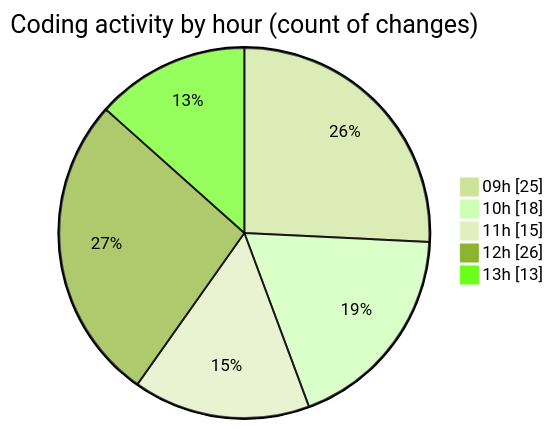
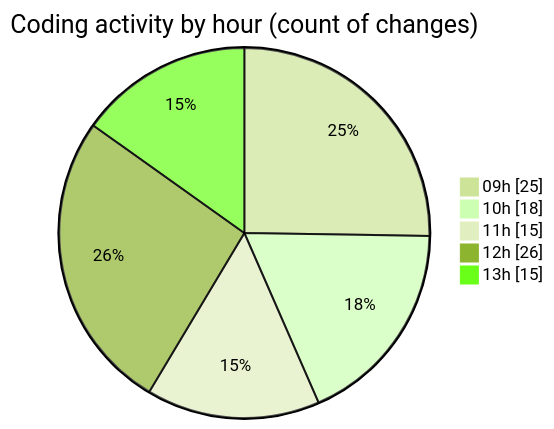
Before and after one commit to momahboobian/code-tracking: the second of 2 diagrams in 2025-03-13/cda/README.md, drawn with Mermaid (forest theme). The commit also changed other lines of this file and 1 other file, not shown here.

````diff
--- a/2025-03-13/cda/README.md
+++ b/2025-03-13/cda/README.md
@@ -38,9 +38,9 @@
 ```mermaid
 pie showData
 title Coding activity by hour (count of changes)
 "09h" : 25
 "10h" : 18
 "11h" : 15
 "12h" : 26
-"13h" : 13
+"13h" : 15
 ```
````
